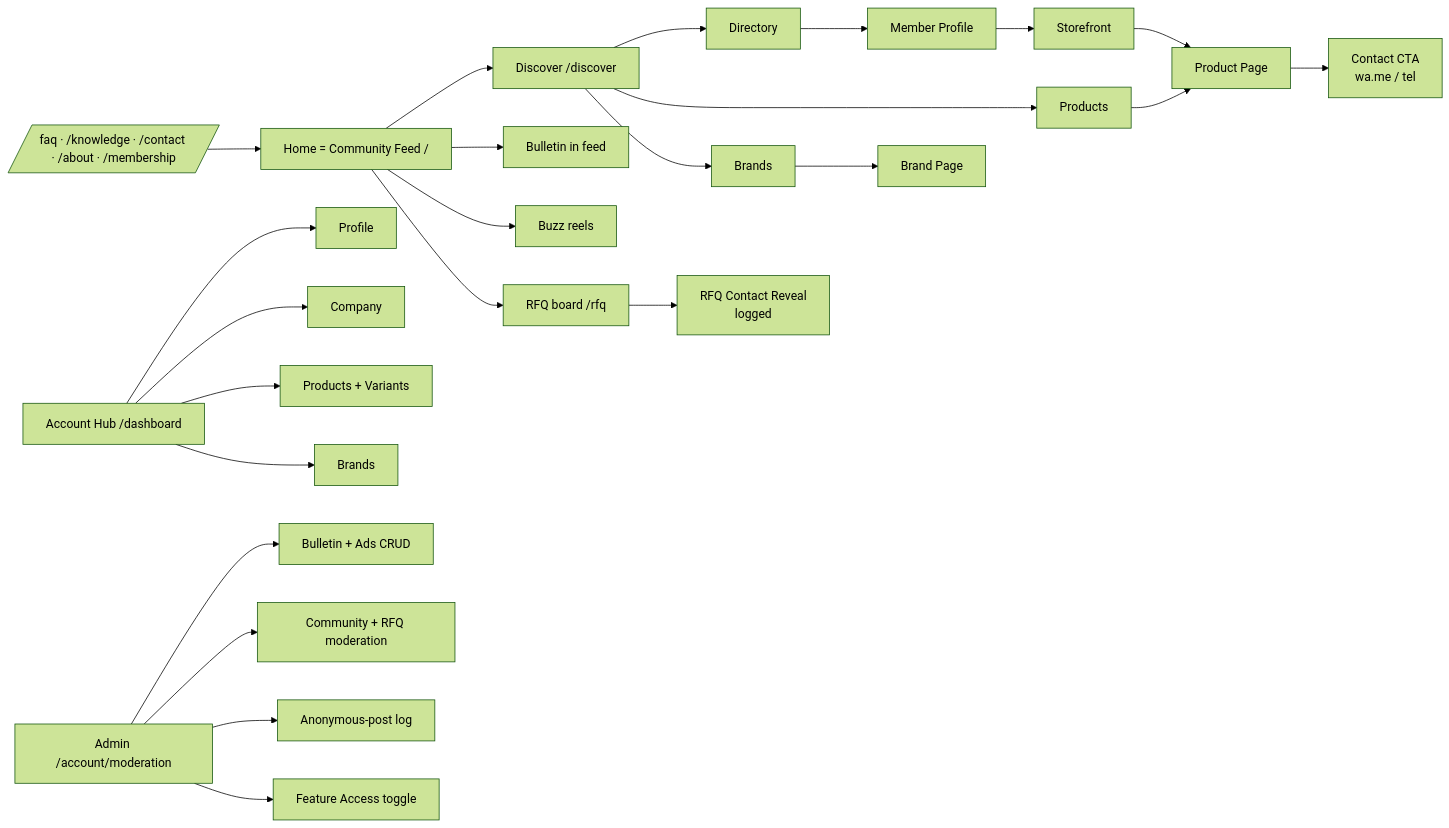
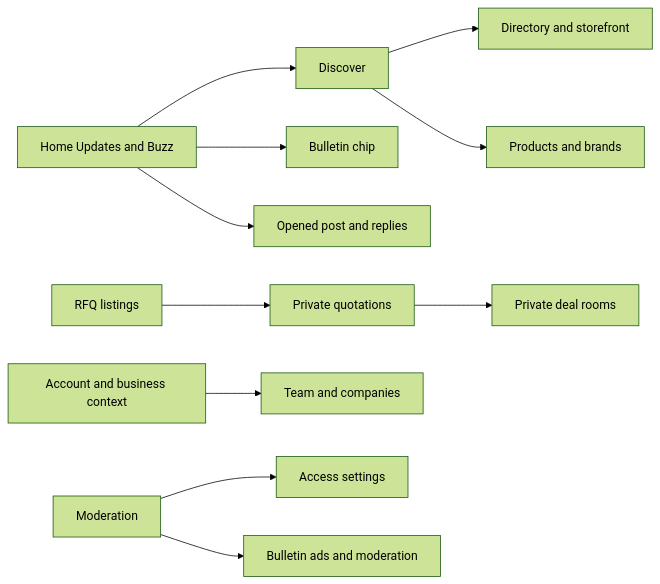
Before and after one commit to arka97/mddma-test: the diagram in src/content/docs/04-functional-spec.md, drawn with Mermaid (forest theme). The commit also changed other lines of this file and 6 other files, not shown here.

````diff
--- a/src/content/docs/04-functional-spec.md
+++ b/src/content/docs/04-functional-spec.md
@@ -9,26 +7,13 @@
 ```mermaid
 flowchart LR
-  Home --> Disc[Discover /discover]
-  Disc --> Dir[Directory]
-  Disc --> Prod[Products]
-  Disc --> Brands[Brands]
-  Home --> Bulletin[Bulletin in feed]
-  Home[Home = Community Feed /] --> Buzz[Buzz reels]
-  Home --> RFQ[RFQ board /rfq]
-  Dir --> Mem[Member Profile]
-  Mem --> Store[Storefront]
-  Prod --> PP[Product Page]
-  Store --> PP
-  Brands --> BP[Brand Page]
-  PP --> Contact[Contact CTA<br/>wa.me / tel]
-  RFQ --> RC[RFQ Contact Reveal<br/>logged]
-  Account[Account Hub /dashboard] --> Profile
-  Account --> Company
-  Account --> ProductsMgr[Products + Variants]
-  Account --> BrandsMgr[Brands]
-  Admin[Admin /account/moderation] --> CMS[Bulletin + Ads CRUD]
-  Admin --> Mod[Community + RFQ moderation]
-  Admin --> Anon[Anonymous-post log]
-  Admin --> Access[Feature Access toggle]
-  Public[/faq · /knowledge · /contact · /about · /membership/] --> Home
+  Home[Home Updates and Buzz] --> Discover
+  Home --> Bulletin[Bulletin chip]
+  Home --> Detail[Opened post and replies]
+  Discover --> Firms[Directory and storefront]
+  Discover --> Catalogue[Products and brands]
+  RFQ[RFQ listings] --> Quotes[Private quotations]
+  Quotes --> Chat[Private deal rooms]
+  Account[Account and business context] --> Team[Team and companies]
+  Admin[Moderation] --> Access[Access settings]
+  Admin --> CMS[Bulletin ads and moderation]
 ```
````
